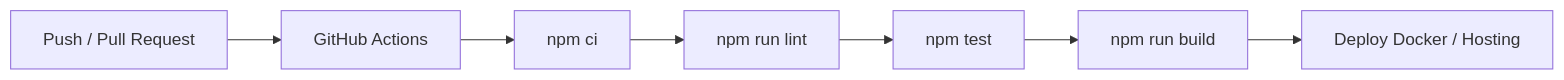
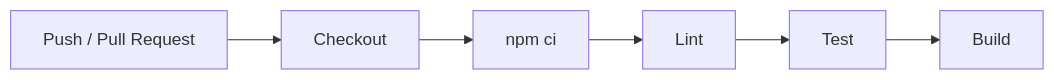
One commit to VanSyx/DevOps_BookingSystem changed the second of 3 diagrams in README.md. Above: the diagram before and after it, drawn with Mermaid. The commit also changed other lines of this file, not shown here.

````diff
--- a/README.md
+++ b/README.md
@@ -117,9 +322,8 @@
 ```mermaid
 flowchart LR
-    Code[Push / Pull Request] --> CI[GitHub Actions]
-    CI --> Install[npm ci]
-    Install --> Lint[npm run lint]
-    Lint --> Test[npm test]
-    Test --> Build[npm run build]
-    Build --> Deploy[Deploy Docker / Hosting]
+    Code["Push / Pull Request"] --> Checkout["Checkout"]
+    Checkout --> Install["npm ci"]
+    Install --> Lint["Lint"]
+    Lint --> Test["Test"]
+    Test --> Build["Build"]
 ```
````
